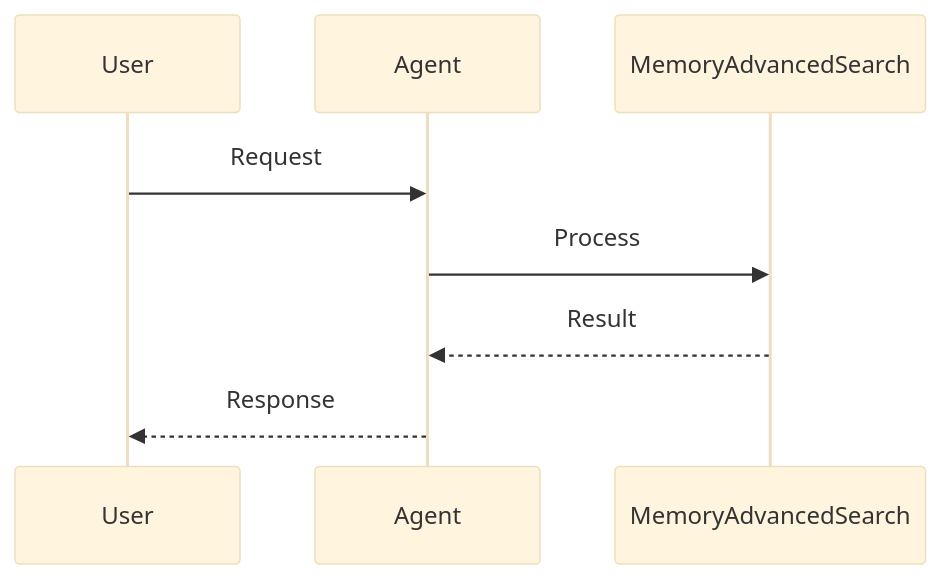
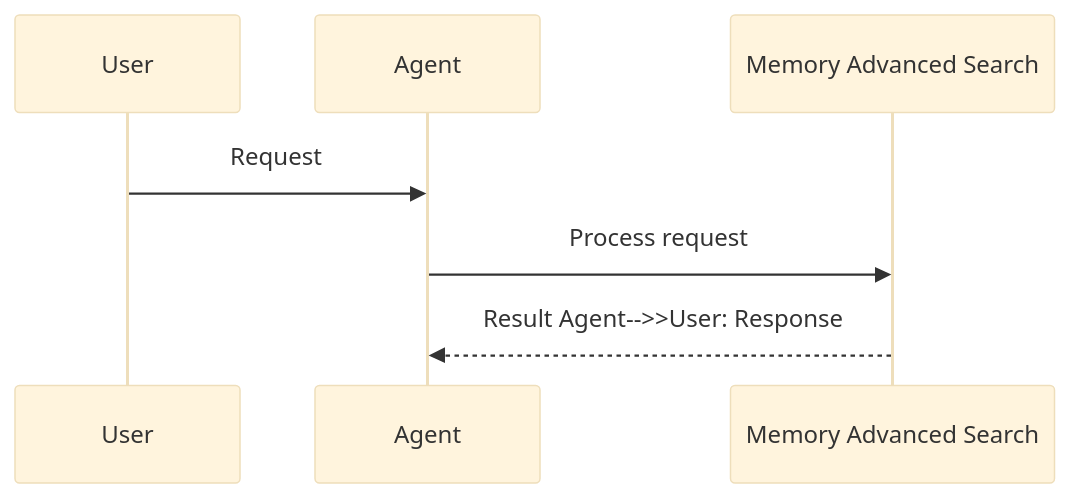
The second of 2 diagrams in docs/features/memory-advanced-search.mdx (MervinPraison/PraisonAIDocs), drawn with Mermaid (base theme) before and after one commit. The commit also changed 204 other files, not shown here.

First line of the commit message:
docs: align feature/tool pages with AGENTS.md hero + sequence + import standards (fixes #1775)

````diff
--- a/docs/features/memory-advanced-search.mdx
+++ b/docs/features/memory-advanced-search.mdx
@@ -50,11 +50,10 @@
 ```mermaid
 sequenceDiagram
     participant User
     participant Agent
-    participant MemoryAdvancedSearch
+    participant Feature as Memory Advanced Search
 
     User->>Agent: Request
-    Agent->>MemoryAdvancedSearch: Process
-    MemoryAdvancedSearch-->>Agent: Result
-    Agent-->>User: Response
+    Agent->>Feature: Process request
+    Feature-->>Agent: Result    Agent-->>User: Response
 ```
````
